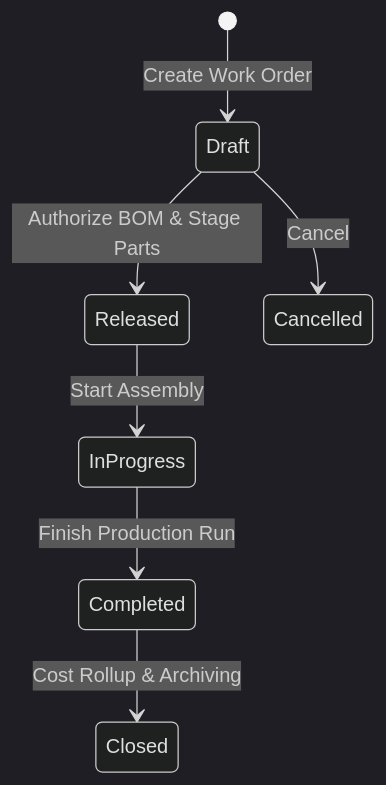
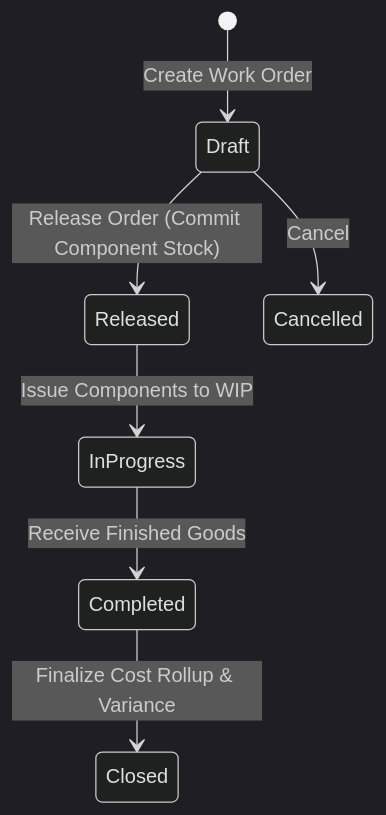
One commit to herobmdotcom/herobm changed the diagram in docs/user/work_orders.md. Above: the diagram before and after it, drawn with Mermaid (dark theme). The commit also changed other lines of this file and 168 other files, not shown here.

````diff
--- a/docs/user/work_orders.md
+++ b/docs/user/work_orders.md
@@ -44,9 +51,9 @@
 ```mermaid
 stateDiagram-v2
     [*] --> Draft : Create Work Order
-    Draft --> Released : Authorize BOM & Stage Parts
-    Released --> InProgress : Start Assembly
-    InProgress --> Completed : Finish Production Run
-    Completed --> Closed : Cost Rollup & Archiving
+    Draft --> Released : Release Order (Commit Component Stock)
+    Released --> InProgress : Issue Components to WIP
+    InProgress --> Completed : Receive Finished Goods
+    Completed --> Closed : Finalize Cost Rollup & Variance
     Draft --> Cancelled : Cancel
 ```
````
